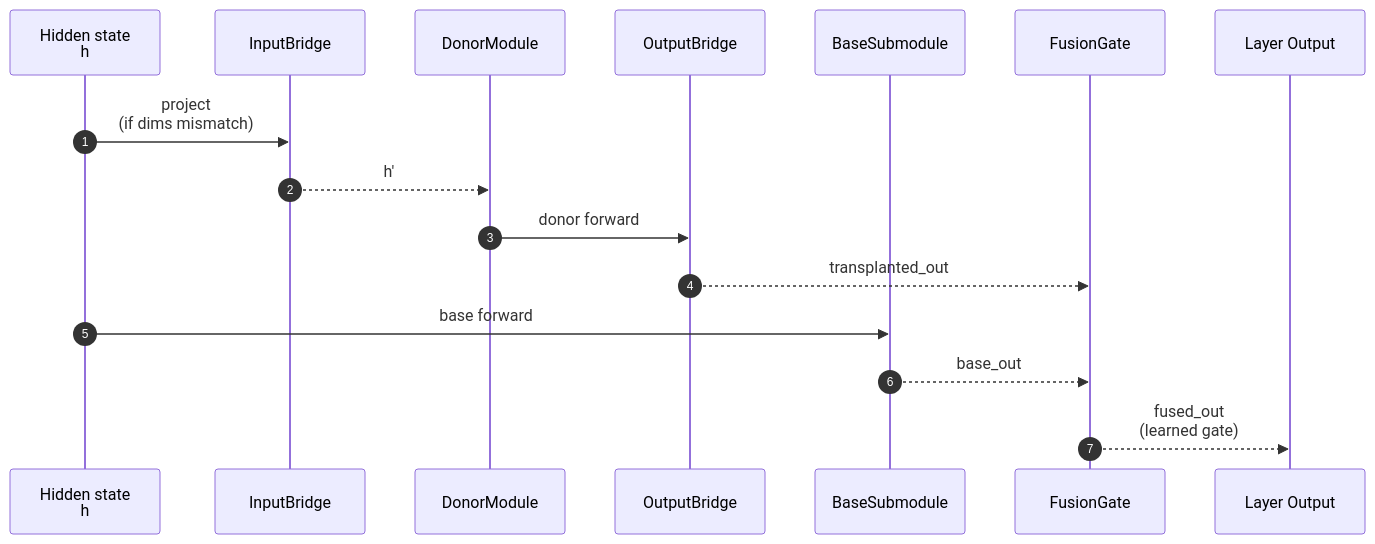
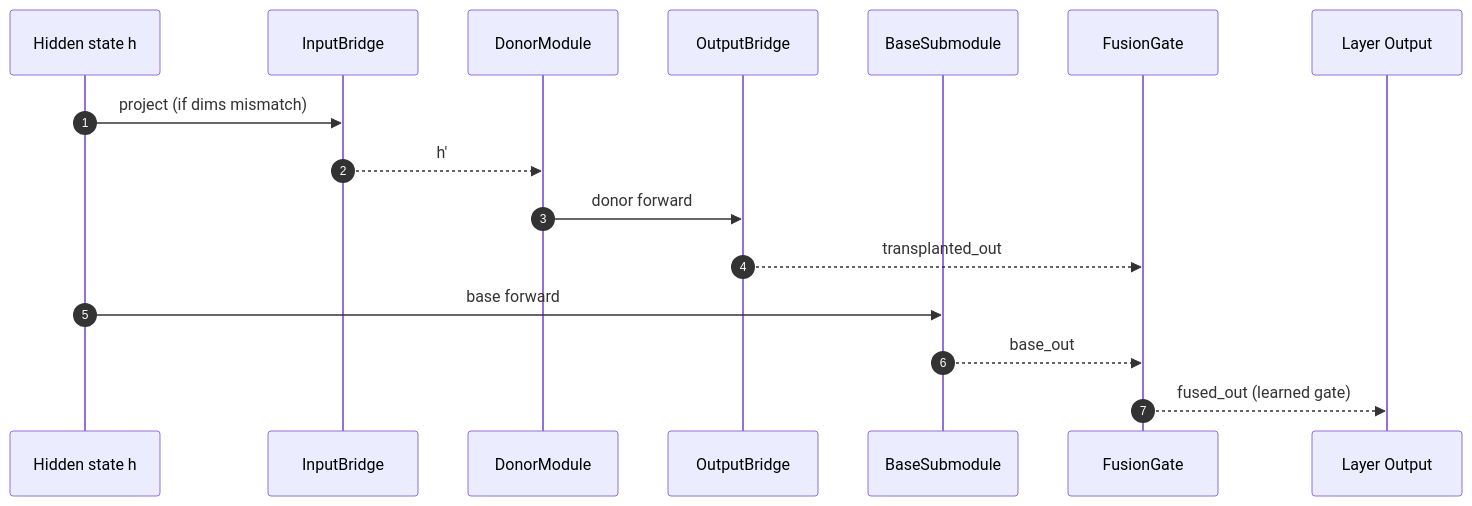
One commit to qrv0/llm-ripper changed the second of 3 diagrams in README.md. Above: the diagram before and after it, drawn with Mermaid. The commit also changed other lines of this file, not shown here.

Commit message:
Refactor subgraph labels and diagram formatting

````diff
--- a/README.md
+++ b/README.md
@@ -141,19 +142,19 @@
 ```mermaid
 sequenceDiagram
   autonumber
-  participant H as Hidden state<br/>h
+  participant H as Hidden state h
   participant IB as InputBridge
   participant DM as DonorModule
   participant OB as OutputBridge
   participant BASE as BaseSubmodule
   participant G as FusionGate
   participant Y as Layer Output
 
-  H->>IB: project<br/>(if dims mismatch)
+  H->>IB: project (if dims mismatch)
   IB-->>DM: h'
   DM->>OB: donor forward
   OB-->>G: transplanted_out
   H->>BASE: base forward
   BASE-->>G: base_out
-  G-->>Y: fused_out<br/>(learned gate)
+  G-->>Y: fused_out (learned gate)
 ```
````
